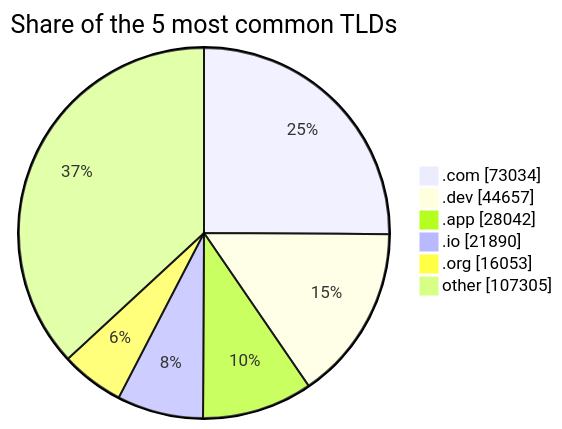
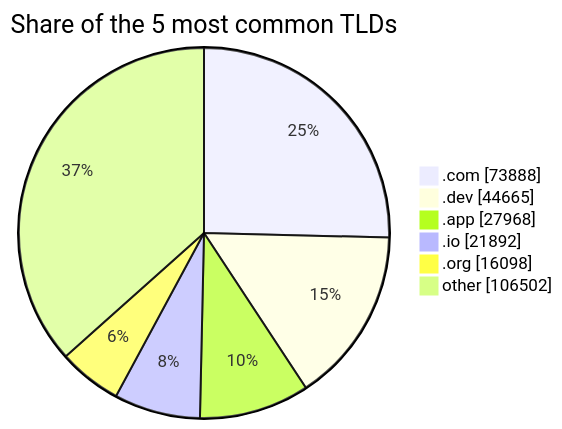
Before and after one commit to DNSBunker/CTI: the third of 3 diagrams in README.md, drawn with Mermaid. The commit also changed other lines of this file and 3 other files, not shown here.

````diff
--- a/README.md
+++ b/README.md
@@ -81,9 +81,9 @@
 ```mermaid
 pie showData title Share of the 5 most common TLDs
-    ".com" : 73034
-    ".dev" : 44657
-    ".app" : 28042
-    ".io" : 21890
-    ".org" : 16053
-    "other" : 107305
+    ".com" : 73888
+    ".dev" : 44665
+    ".app" : 27968
+    ".io" : 21892
+    ".org" : 16098
+    "other" : 106502
 ```
````
